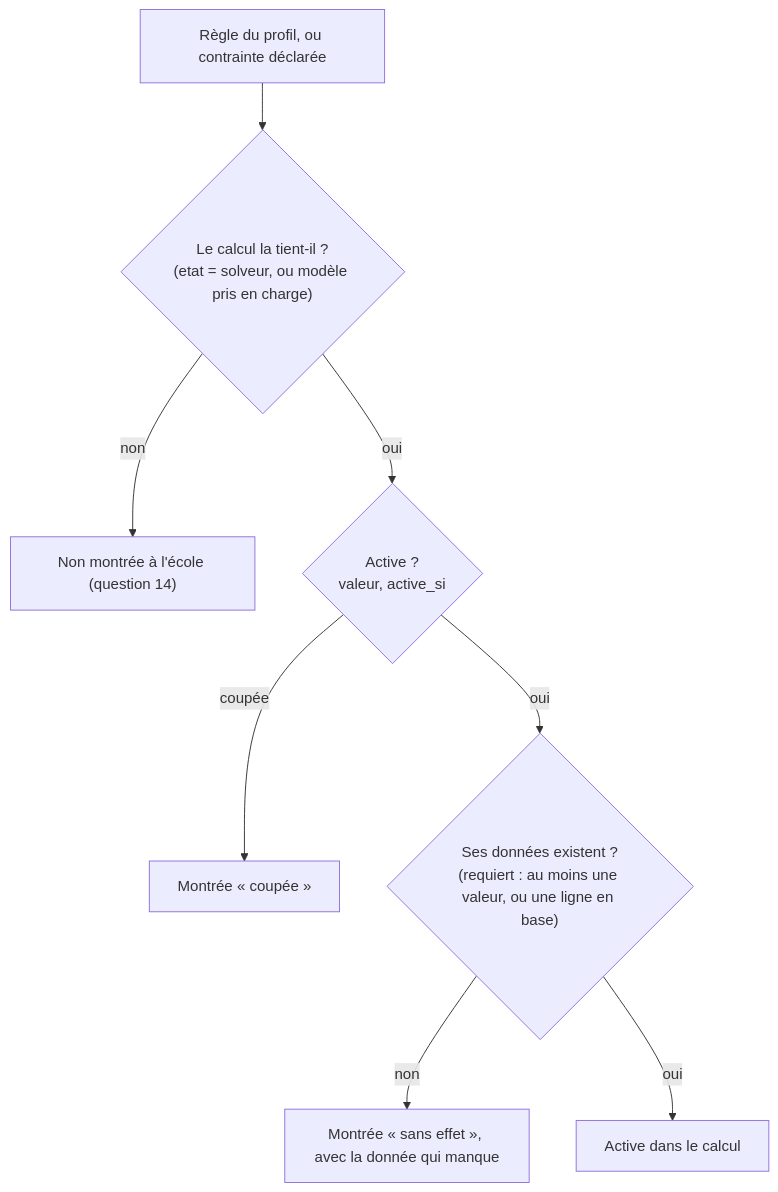
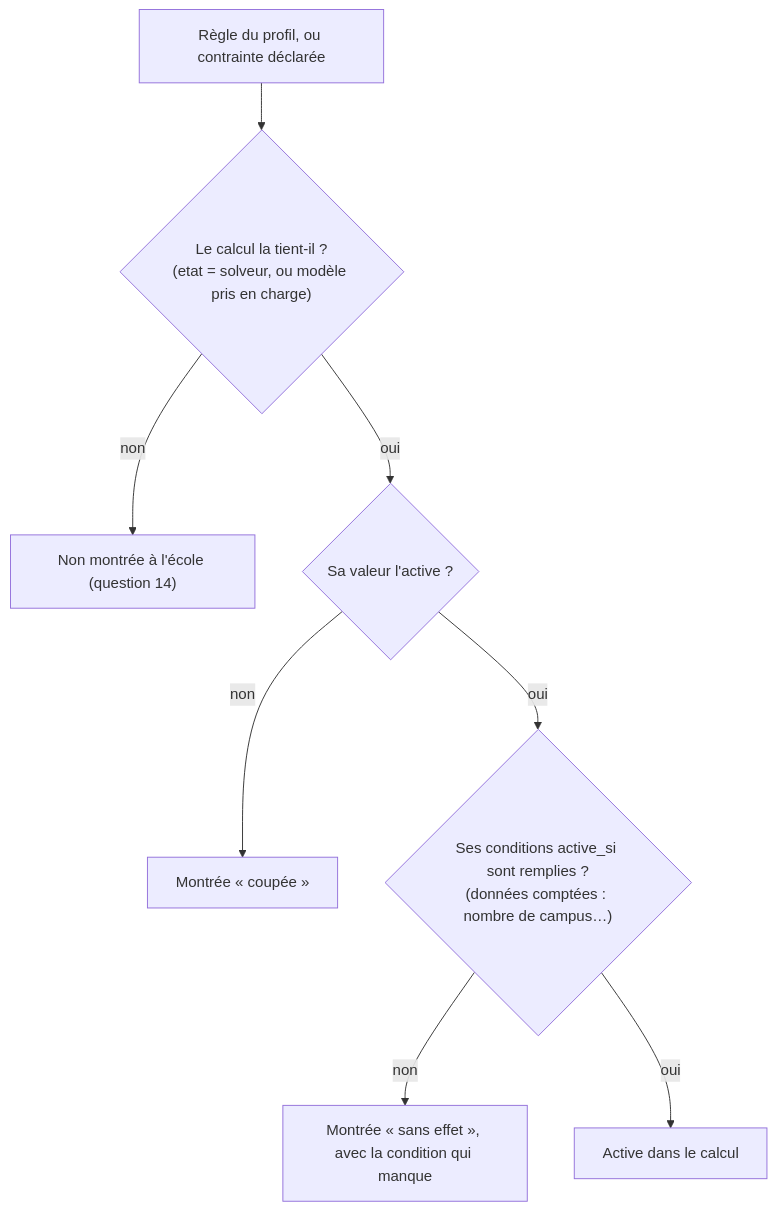
One commit to Claude20022002/Planner changed the second of 3 diagrams in docs/conception/moteur-planification/mot-13-contraintes-declarees.md. Above: the diagram before and after it, drawn with Mermaid. The commit also changed other lines of this file and 19 other files, not shown here.

````diff
--- a/docs/conception/moteur-planification/mot-13-contraintes-declarees.md
+++ b/docs/conception/moteur-planification/mot-13-contraintes-declarees.md
@@ -139,10 +140,10 @@
 ```mermaid
 flowchart TB
     R["Règle du profil, ou contrainte déclarée"] --> T{"Le calcul la tient-il ?<br/>(etat = solveur, ou modèle pris en charge)"}
     T -->|non| H["Non montrée à l'école (question 14)"]
-    T -->|oui| A{"Active ?<br/>valeur, active_si"}
-    A -->|coupée| C["Montrée « coupée »"]
-    A -->|oui| D{"Ses données existent ?<br/>(requiert : au moins une valeur, ou une ligne en base)"}
-    D -->|non| E["Montrée « sans effet », avec la donnée qui manque"]
+    T -->|oui| A{"Sa valeur l'active ?"}
+    A -->|non| C["Montrée « coupée »"]
+    A -->|oui| D{"Ses conditions active_si sont remplies ?<br/>(données comptées : nombre de campus…)"}
+    D -->|non| E["Montrée « sans effet », avec la condition qui manque"]
     D -->|oui| F["Active dans le calcul"]
 ```
````
